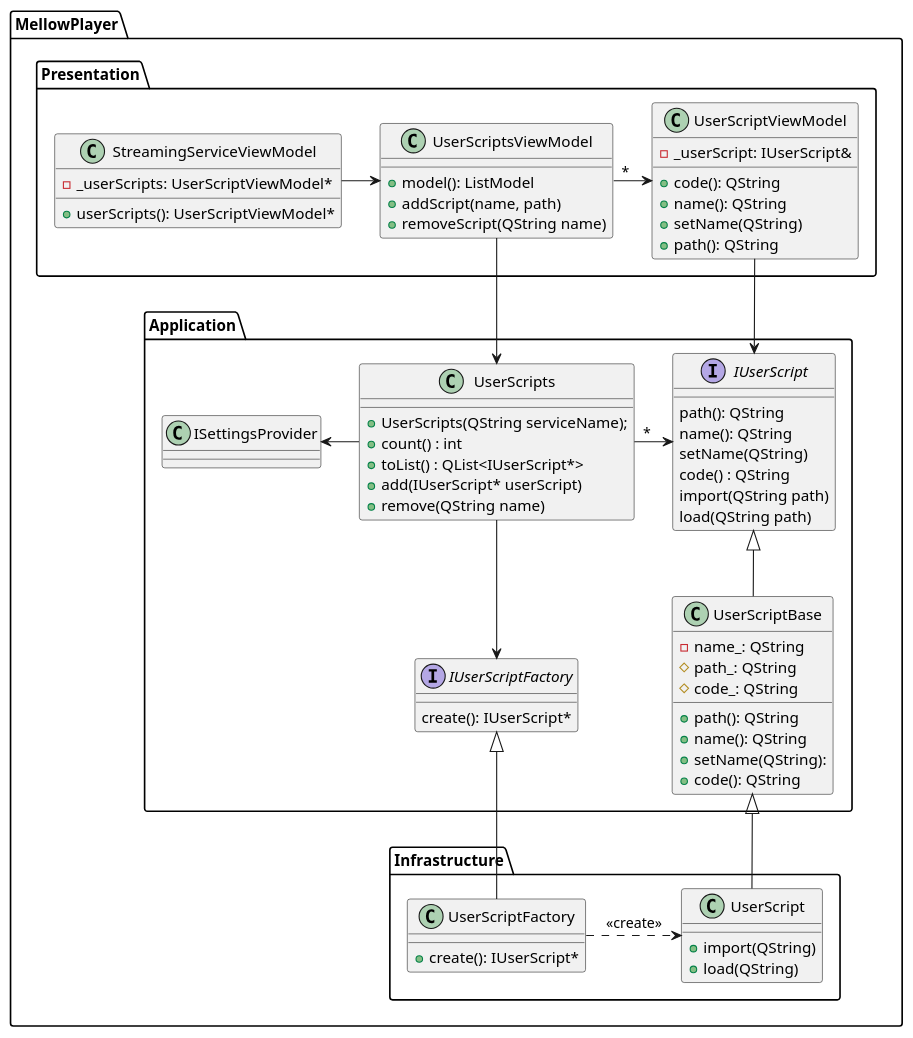
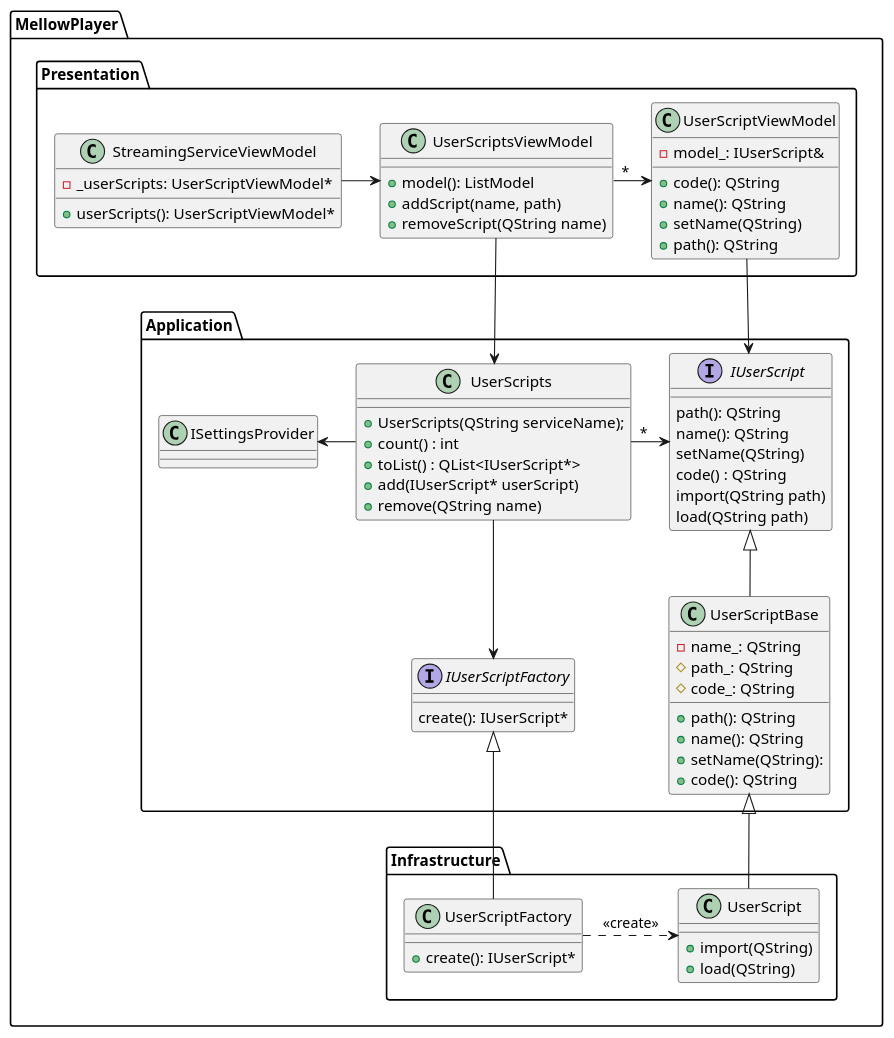
The diagram in docs/developers/PlantUml/UserScripts.puml (ColinDuquesnoy/MellowPlayer), drawn with PlantUML before and after one commit. The commit also changed 5 other files, not shown here.

Commit message:
#69 Add UserScriptViewModel

```diff
--- a/docs/developers/PlantUml/UserScripts.puml
+++ b/docs/developers/PlantUml/UserScripts.puml
@@ -1,87 +1,87 @@
 @startuml
 
 namespace MellowPlayer.Application {
 
 class ISettingsProvider
 
 class UserScripts {
     + UserScripts(QString serviceName);
     + count() : int
     + toList() : QList<IUserScript*>
     + add(IUserScript* userScript)
     + remove(QString name)
 }
 UserScripts "*" -> IUserScript
 UserScripts -left-> ISettingsProvider
 UserScripts --> IUserScriptFactory
 
 interface IUserScript {
     path(): QString
     name(): QString
     setName(QString)
     code() : QString
     import(QString path)
     load(QString path)
 }
 
 interface IUserScriptFactory {
     create(): IUserScript*
 }
 
 class UserScriptBase {
     - name_: QString
     # path_: QString
     # code_: QString
     + path(): QString
     + name(): QString
     + setName(QString):
     + code(): QString
 }
 
 IUserScript <|-- UserScriptBase
 
 }
 
 namespace MellowPlayer.Infrastructure {
 
 class UserScript {
     + import(QString)
     + load(QString)
 }
 
 class UserScriptFactory {
     + create(): IUserScript*
 }
 
 MellowPlayer.Application.UserScriptBase <|-- UserScript
 MellowPlayer.Application.IUserScriptFactory <|-- UserScriptFactory
 UserScriptFactory .> UserScript: <<create>>
 
 }
 
 namespace MellowPlayer.Presentation {
     class UserScriptsViewModel {
         + model(): ListModel
         + addScript(name, path)
         + removeScript(QString name)
     }
     class UserScriptViewModel {
-        - _userScript: IUserScript&
+        - model_: IUserScript&
         + code(): QString
         + name(): QString
         + setName(QString)
         + path(): QString
     }
 
     class StreamingServiceViewModel {
         - _userScripts: UserScriptViewModel*
         + userScripts(): UserScriptViewModel*
     }
 
     StreamingServiceViewModel -> UserScriptsViewModel
     UserScriptsViewModel --> MellowPlayer.Application.UserScripts
     UserScriptViewModel --> MellowPlayer.Application.IUserScript
     UserScriptsViewModel "*" -> UserScriptViewModel
 }
 
 @enduml
```
